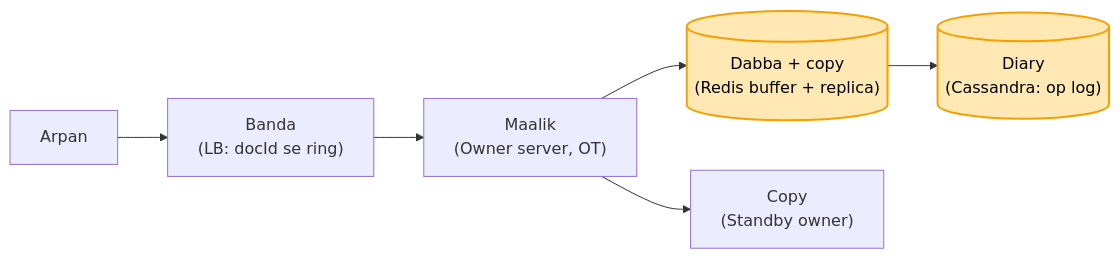
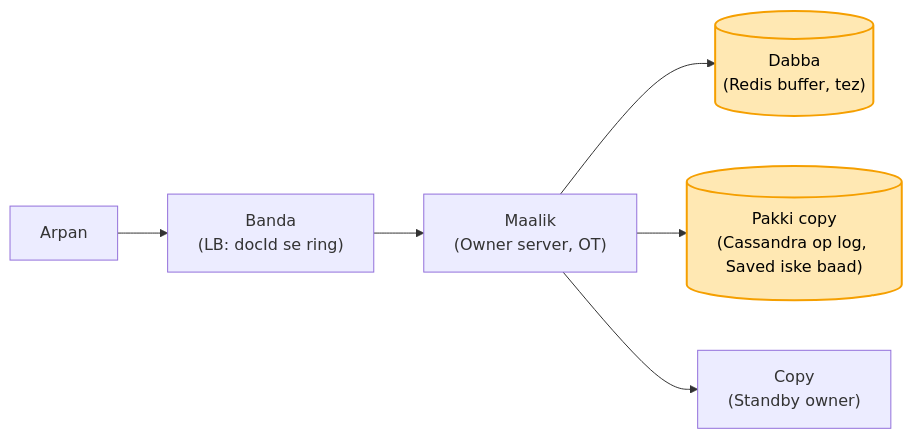
The third of 4 diagrams in 04_HLD/SYSTEM_DESIGNS/11_google_docs_collab/11_google_docs_collab.md (ArpanMaheshwari144/Prep), drawn with Mermaid before and after one commit. The commit also changed other lines of this file and 7 other files, not shown here.

Commit message:
HLD audit: twitter Kafka pehle (row parchi hata), notification idempotency Postgres, stock ACID + order log saaf, Kafka 30 gate, chat seq restart, docs Saved Cassandra ke baad

````diff
--- a/04_HLD/SYSTEM_DESIGNS/11_google_docs_collab/11_google_docs_collab.md
+++ b/04_HLD/SYSTEM_DESIGNS/11_google_docs_collab/11_google_docs_collab.md
@@ -103,10 +103,10 @@
 ```mermaid
 flowchart LR
     A["Arpan"] --> LB["Banda<br/>(LB: docId se ring)"]
     LB --> O["Maalik<br/>(Owner server, OT)"]
-    O --> B[("Dabba + copy<br/>(Redis buffer + replica)")]
-    B --> D[("Diary<br/>(Cassandra: op log)")]
+    O --> B[("Dabba<br/>(Redis buffer, tez)")]
+    O --> D[("Pakki copy<br/>(Cassandra op log, Saved iske baad)")]
     O --> C["Copy<br/>(Standby owner)"]
     style B fill:#ffe8b3,stroke:#f59f00,stroke-width:2px,color:#000
     style D fill:#ffe8b3,stroke:#f59f00,stroke-width:2px,color:#000
 ```
````
